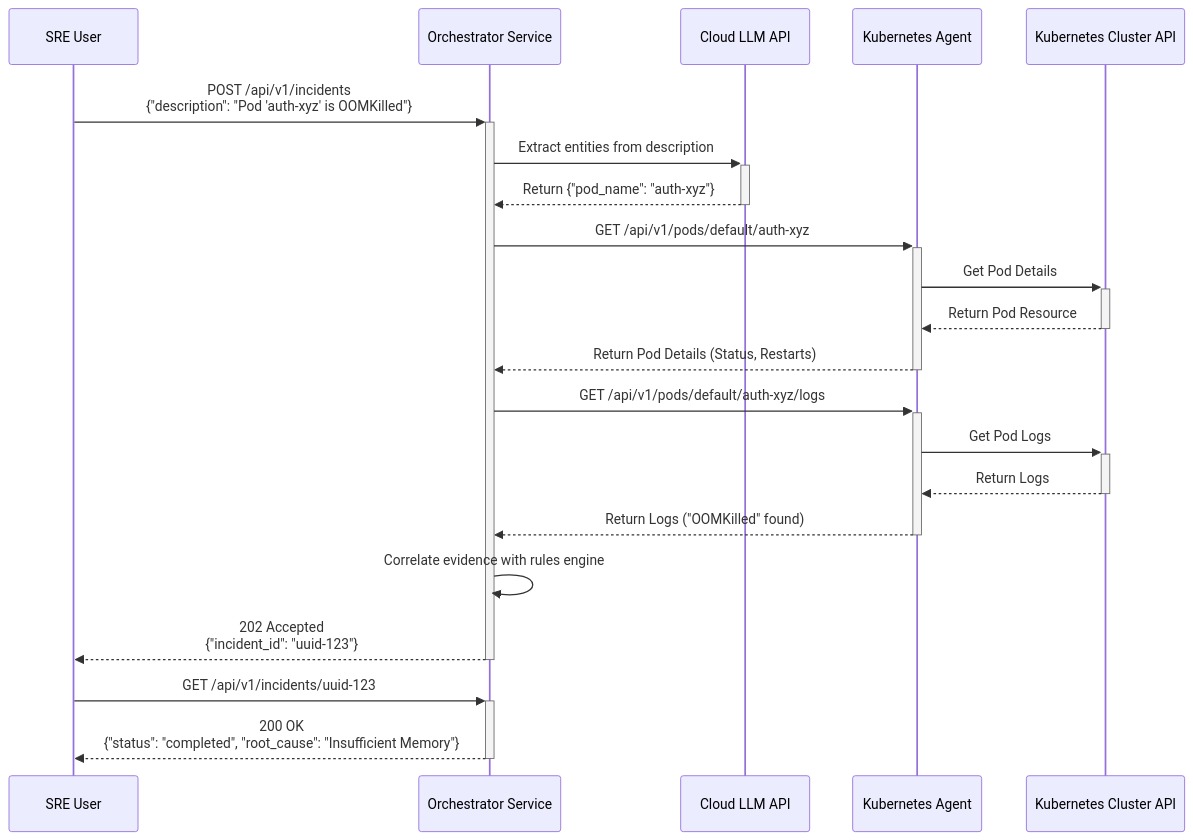
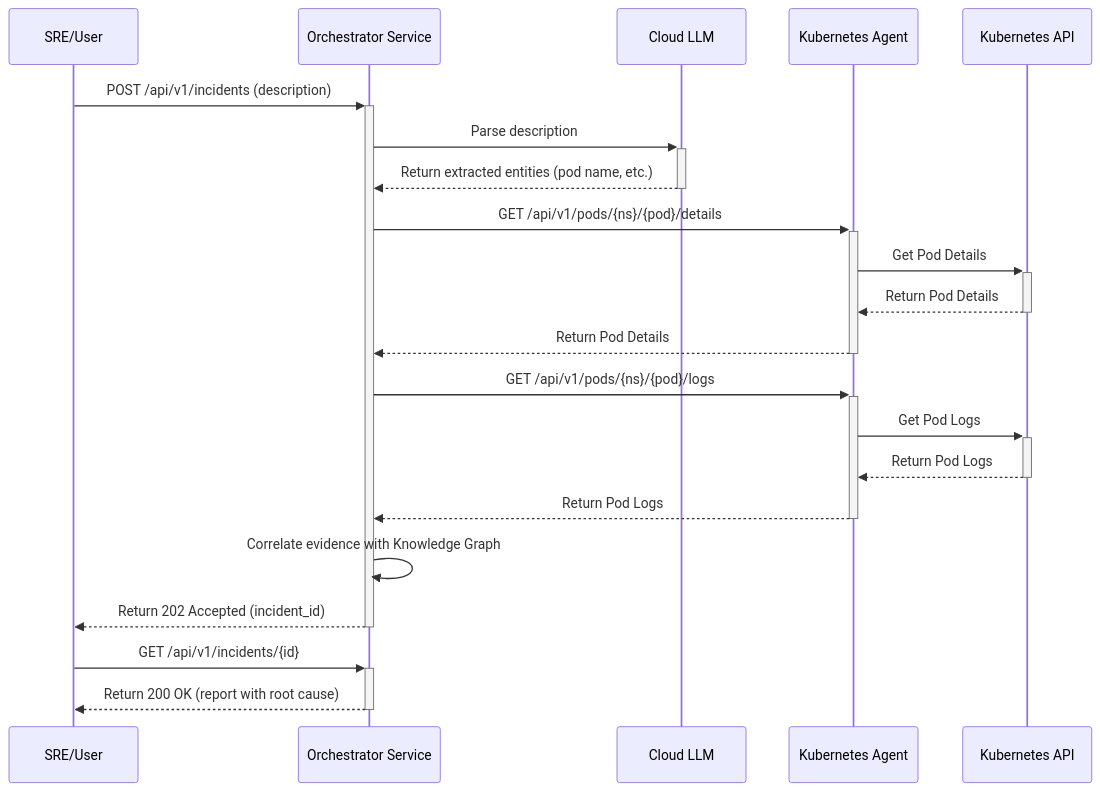
The third of 3 diagrams in docs/architecture.md (SRE-Spaghetti/SRE-Orchestrator), drawn with Mermaid before and after one commit. The commit also changed other lines of this file and 2 other files, not shown here.

````diff
--- a/docs/architecture.md
+++ b/docs/architecture.md
@@ -223,27 +211,27 @@
 ```mermaid
 sequenceDiagram
-    participant User as SRE User
+    participant SRE as SRE/User
     participant Orch as Orchestrator Service
-    participant LLM as Cloud LLM API
-    participant K8sAgent as Kubernetes Agent
-    participant K8sAPI as Kubernetes Cluster API
+    participant LLM as Cloud LLM
+    participant K8sA as Kubernetes Agent
+    participant K8s as Kubernetes API
 
-    User->>+Orch: POST /api/v1/incidents<br>{"description": "Pod 'auth-xyz' is OOMKilled"}
-    Orch->>+LLM: Extract entities from description
-    LLM-->>-Orch: Return {"pod_name": "auth-xyz"}
-    Orch->>+K8sAgent: GET /api/v1/pods/default/auth-xyz
-    K8sAgent->>+K8sAPI: Get Pod Details
-    K8sAPI-->>-K8sAgent: Return Pod Resource
-    K8sAgent-->>-Orch: Return Pod Details (Status, Restarts)
-    Orch->>+K8sAgent: GET /api/v1/pods/default/auth-xyz/logs
-    K8sAgent->>+K8sAPI: Get Pod Logs
-    K8sAPI-->>-K8sAgent: Return Logs
-    K8sAgent-->>-Orch: Return Logs ("OOMKilled" found)
-    Orch->>Orch: Correlate evidence with rules engine
-    Orch-->>-User: 202 Accepted<br>{"incident_id": "uuid-123"}
+    SRE->>+Orch: POST /api/v1/incidents (description)
+    Orch->>+LLM: Parse description
+    LLM-->>-Orch: Return extracted entities (pod name, etc.)
+    Orch->>+K8sA: GET /api/v1/pods/{ns}/{pod}/details
+    K8sA->>+K8s: Get Pod Details
+    K8s-->>-K8sA: Return Pod Details
+    K8sA-->>-Orch: Return Pod Details
+    Orch->>+K8sA: GET /api/v1/pods/{ns}/{pod}/logs
+    K8sA->>+K8s: Get Pod Logs
+    K8s-->>-K8sA: Return Pod Logs
+    K8sA-->>-Orch: Return Pod Logs
+    Orch->>Orch: Correlate evidence with Knowledge Graph
+    Orch-->>-SRE: Return 202 Accepted (incident_id)
 
     %% Some time later %%
 
-    User->>+Orch: GET /api/v1/incidents/uuid-123
-    Orch-->>-User: 200 OK<br>{"status": "completed", "root_cause": "Insufficient Memory"}
+    SRE->>+Orch: GET /api/v1/incidents/{id}
+    Orch-->>-SRE: Return 200 OK (report with root cause)
 ```
````
